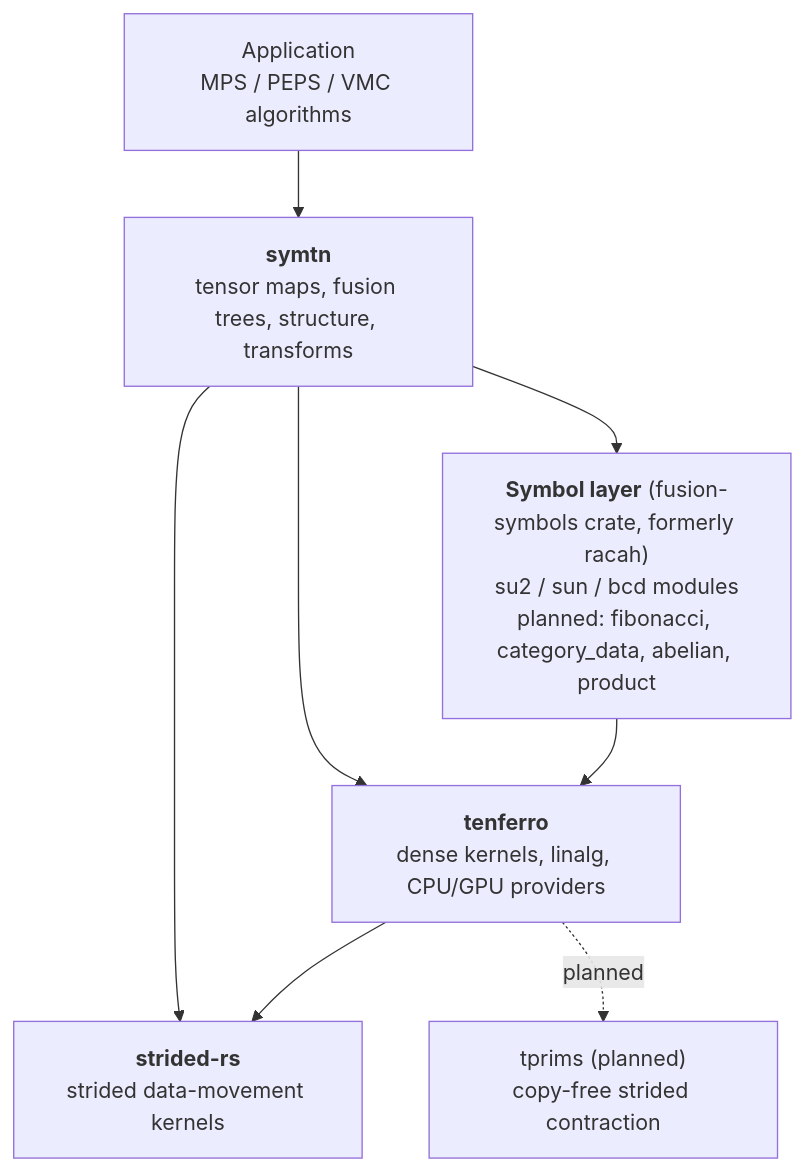
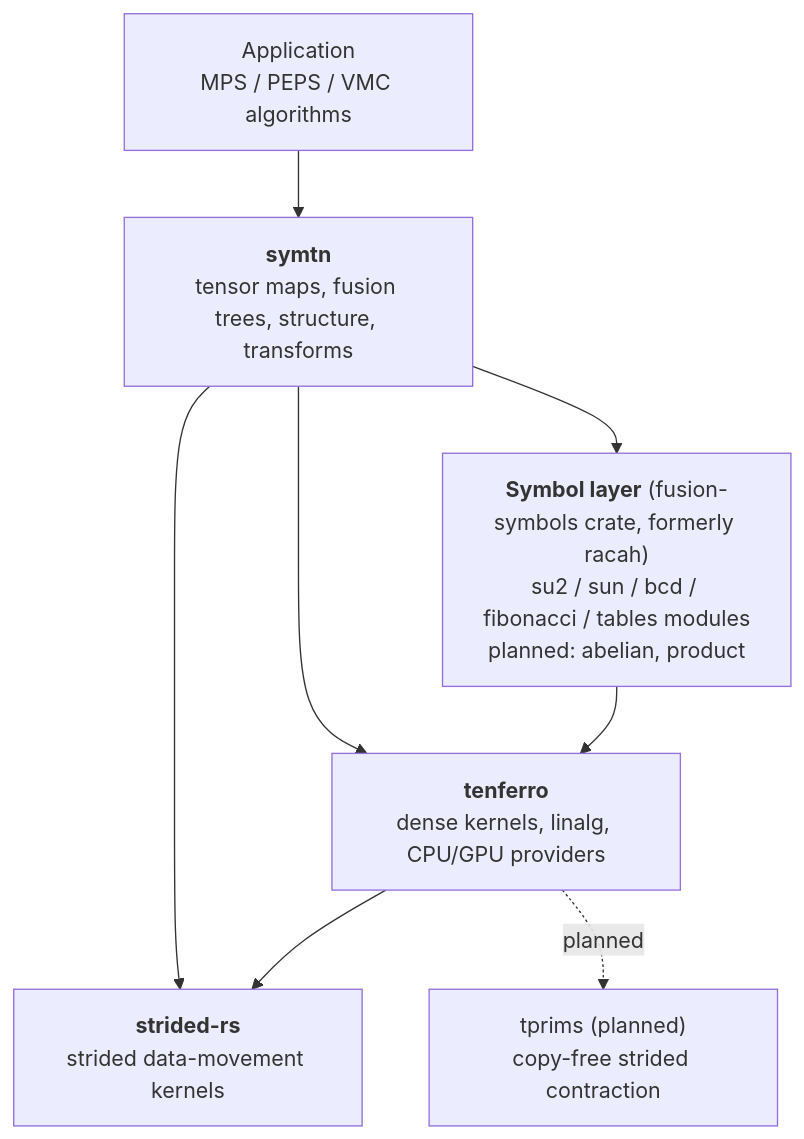
The first of 2 diagrams in docs/layering.md (Ryo-wtnb11/TeNeT), drawn with Mermaid before and after one commit. The commit also changed other lines of this file and 56 other files, not shown here.

First line of the commit message:
Switch the symbol layer to fusion-symbols 0.3.0; drop symtn-category-data (#2275)

````diff
--- a/docs/layering.md
+++ b/docs/layering.md
@@ -22,16 +22,16 @@
 ```mermaid
 flowchart TB
     APP["Application<br/>MPS / PEPS / VMC algorithms"]
     SYMTN["<b>symtn</b><br/>tensor maps, fusion trees, structure, transforms"]
-    SYM["<b>Symbol layer</b> (fusion-symbols crate, formerly racah)<br/>su2 / sun / bcd modules<br/>planned: fibonacci, category_data, abelian, product"]
+    SYM["<b>Symbol layer</b> (fusion-symbols crate, formerly racah)<br/>su2 / sun / bcd / fibonacci / tables modules<br/>planned: abelian, product"]
     DENSE["<b>tenferro</b><br/>dense kernels, linalg, CPU/GPU providers"]
     STR["<b>strided-rs</b><br/>strided data-movement kernels"]
     PRIMS["tprims (planned)<br/>copy-free strided contraction"]
     APP --> SYMTN
     SYMTN --> SYM
     SYMTN --> DENSE
     SYMTN --> STR
     DENSE --> STR
     DENSE -.planned.-> PRIMS
     SYM --> DENSE
 ```
````
